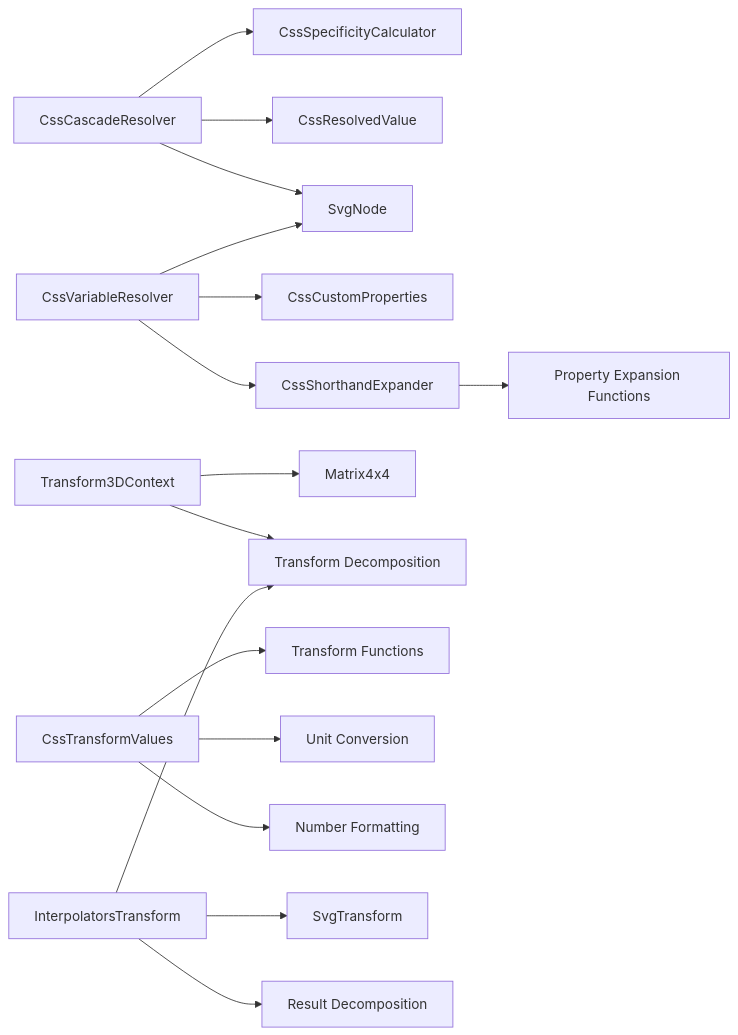
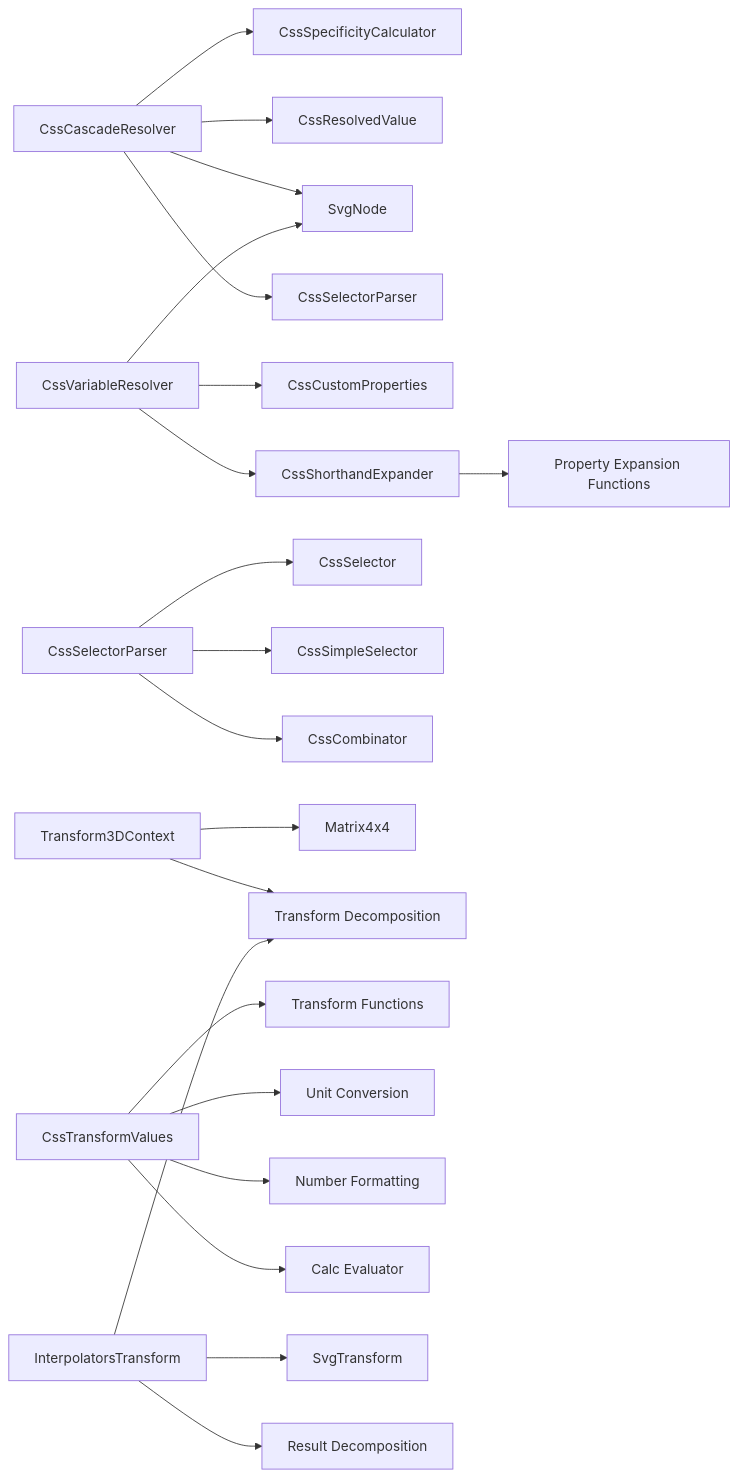
The ninth of 9 diagrams in .qoder/repowiki/en/content/Animated SVG Support/CSS Animation Conversion.md (denisnadey/flutter_full_svg_support), drawn with Mermaid before and after one commit. The commit also changed other lines of this file and 20 other files, not shown here.

````diff
--- a/.qoder/repowiki/en/content/Animated SVG Support/CSS Animation Conversion.md
+++ b/.qoder/repowiki/en/content/Animated SVG Support/CSS Animation Conversion.md
@@ -527,18 +643,23 @@
 ```mermaid
 graph LR
 CS["CssCascadeResolver"] --> SC["CssSpecificityCalculator"]
 CS --> RV["CssResolvedValue"]
 CS --> SN["SvgNode"]
+CS --> SP["CssSelectorParser"]
 CV["CssVariableResolver"] --> CP["CssCustomProperties"]
 CV --> CE["CssCalcEvaluator"]
 CV --> SN
 CE["CssShorthandExpander"] --> PE["Property Expansion Functions"]
+SEL["CssSelectorParser"] --> CSel["CssSelector"]
+SEL --> CSSel["CssSimpleSelector"]
+SEL --> CC["CssCombinator"]
 T3D["Transform3DContext"] --> M4["Matrix4x4"]
 T3D --> TD["Transform Decomposition"]
 CTV["CssTransformValues"] --> TF["Transform Functions"]
 CTV --> UC["Unit Conversion"]
 CTV --> NF["Number Formatting"]
+CTV --> CEval["Calc Evaluator"]
 IT["InterpolatorsTransform"] --> ST["SvgTransform"]
 IT --> TD
 IT --> RD["Result Decomposition"]
 ```
````
